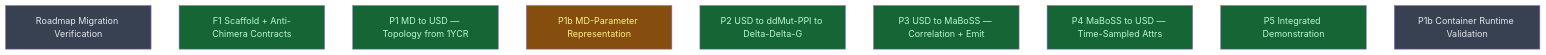
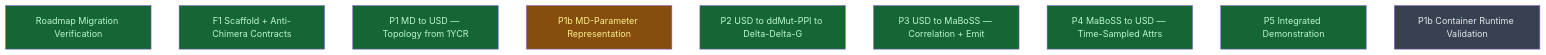
Before and after one commit to LittleCoinCoin/usd-bio: the diagram in __roadmap__/p53-mdm2-v2/README.md, drawn with Mermaid. The commit also changed other lines of this file and 2 other files, not shown here.

First line of the commit message:
docs(p53-mdm2): retire the superseded roadmap campaign

````diff
--- a/__roadmap__/p53-mdm2-v2/README.md
+++ b/__roadmap__/p53-mdm2-v2/README.md
@@ -45,17 +45,17 @@
 ```mermaid
 graph TD
-    migration_verification[Roadmap Migration Verification]:::planned
+    migration_verification[Roadmap Migration Verification]:::done
     f1_scaffold[F1 Scaffold + Anti-Chimera Contracts]:::done
     p1_topology_from_1ycr[P1 MD to USD — Topology from 1YCR]:::done
     p1b_md_parameter_representation[P1b MD-Parameter Representation]:::inprogress
     p2_ddg_pipeline[P2 USD to ddMut-PPI to Delta-Delta-G]:::done
     p3_maboss_emit[P3 USD to MaBoSS — Correlation + Emit]:::done
     p4_maboss_readback[P4 MaBoSS to USD — Time-Sampled Attrs]:::done
     p5_integrated_demo[P5 Integrated Demonstration]:::done
     p1b_container_runtime[P1b Container Runtime Validation]:::planned
     classDef done       fill:#166534,color:#bbf7d0
     classDef inprogress fill:#854d0e,color:#fef08a
     classDef planned    fill:#374151,color:#e5e7eb
     classDef amendment  fill:#1e3a5f,color:#bfdbfe
     classDef blocked    fill:#7f1d1d,color:#fecaca
 ```
````
